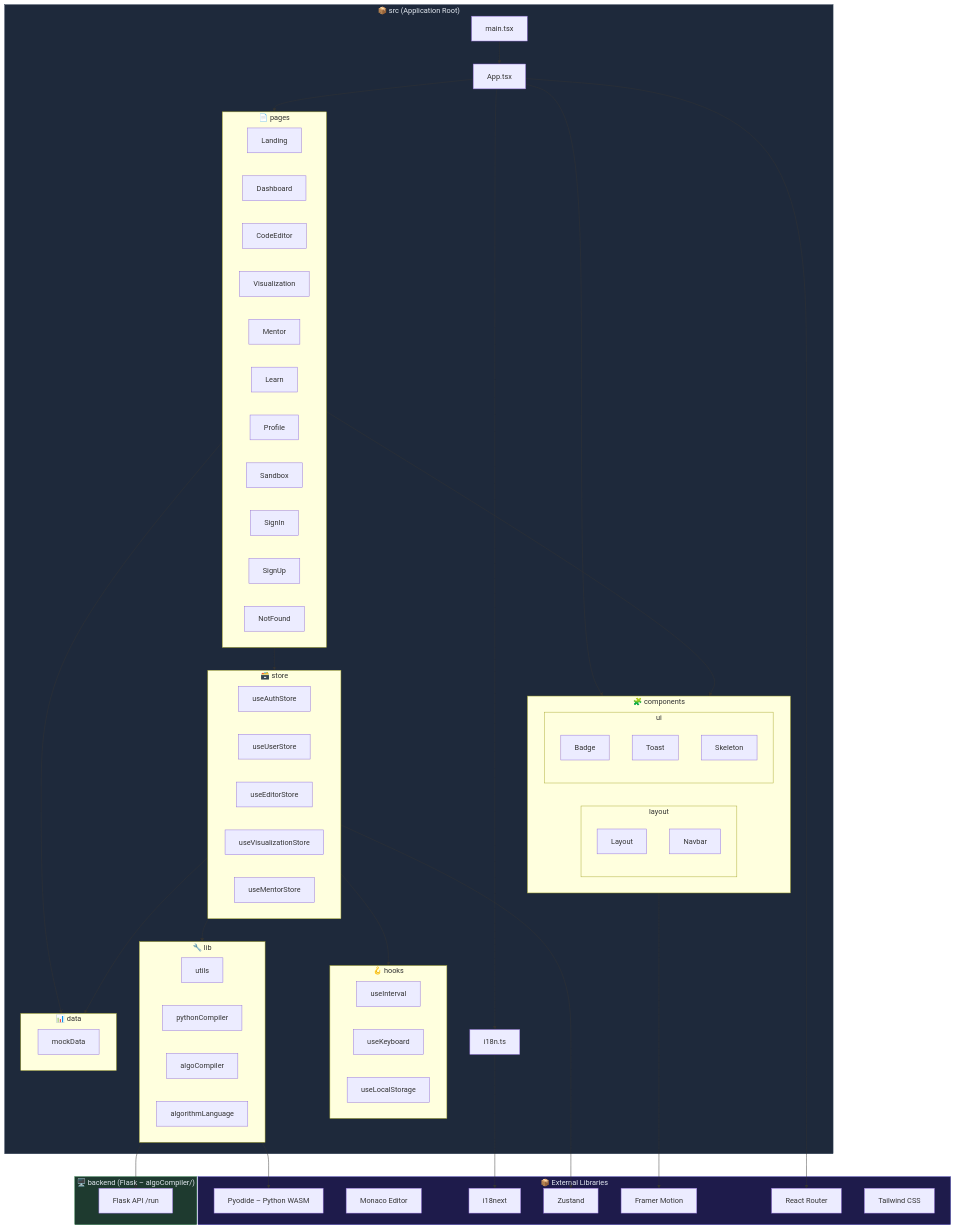
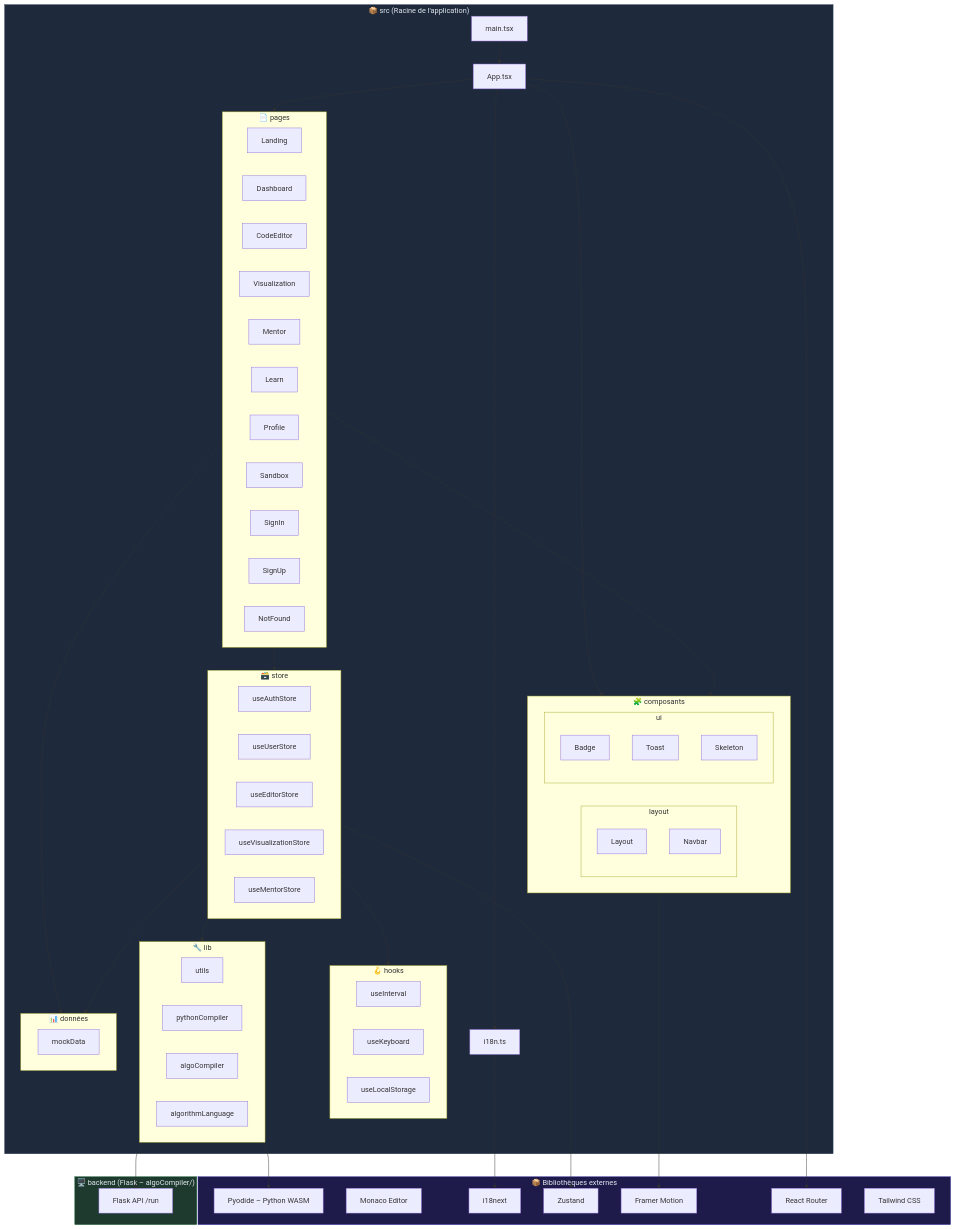
One commit to anwarous/t changed the third of 3 diagrams in DIAGRAMS.md. Above: the diagram before and after it, drawn with Mermaid. The commit also changed other lines of this file, not shown here.

First line of the commit message:
Translate DIAGRAMS.md to French

````diff
--- a/DIAGRAMS.md
+++ b/DIAGRAMS.md
@@ -299,6 +299,6 @@
 ```mermaid
 graph TD
-    subgraph src["📦 src (Application Root)"]
+    subgraph src["📦 src (Racine de l'application)"]
 
         subgraph pages["📄 pages"]
             P1[Landing]
@@ -314,7 +314,7 @@
             P11[NotFound]
         end
 
-        subgraph components["🧩 components"]
+        subgraph components["🧩 composants"]
             subgraph layout["layout"]
                 C1[Layout]
                 C2[Navbar]
@@ -347,7 +347,7 @@
             L4[algorithmLanguage]
         end
 
-        subgraph data["📊 data"]
+        subgraph data["📊 données"]
             D1[mockData]
         end
 
@@ -360,7 +360,7 @@
         B1[Flask API /run]
     end
 
-    subgraph external["📦 External Libraries"]
+    subgraph external["📦 Bibliothèques externes"]
         E1[Pyodide – Python WASM]
         E2[Monaco Editor]
         E3[i18next]
````
